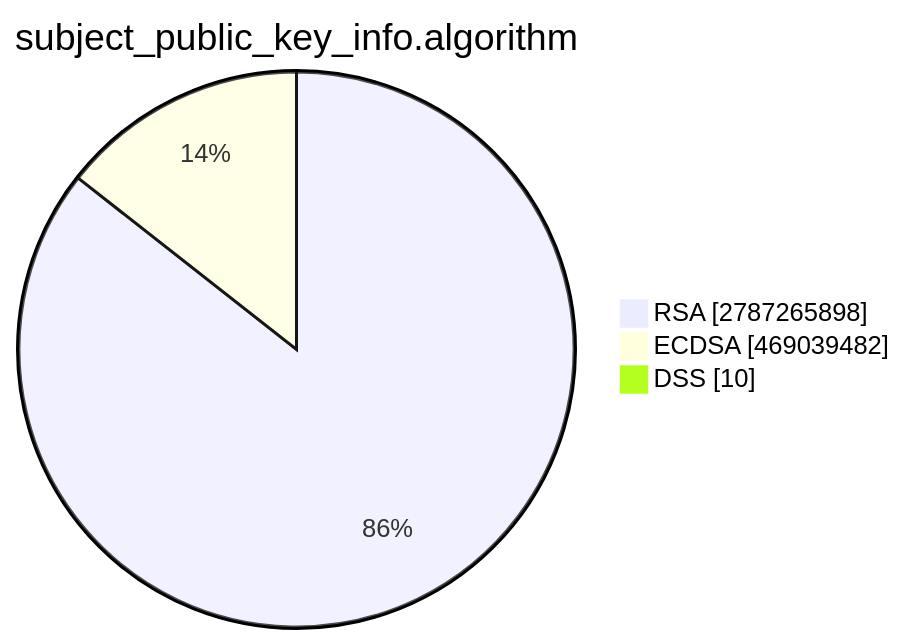
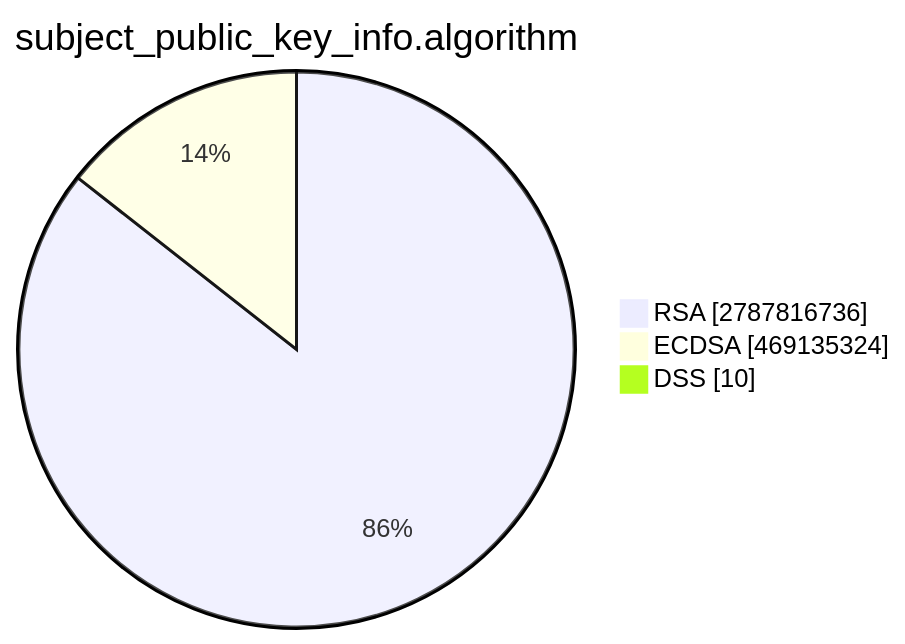
Before and after one commit to christiankrug/ctmonitor_visualization: the second of 15 diagrams in TOTAL/README.md, drawn with Mermaid. The commit also changed other lines of this file, not shown here.

````diff
--- a/TOTAL/README.md
+++ b/TOTAL/README.md
@@ -6,7 +6,7 @@
 ```mermaid
 pie showData
 title subject_public_key_info.algorithm
-"RSA" :2787265898
-"ECDSA" :469039482
+"RSA" :2787816736
+"ECDSA" :469135324
 "DSS" :10
 ```
````
